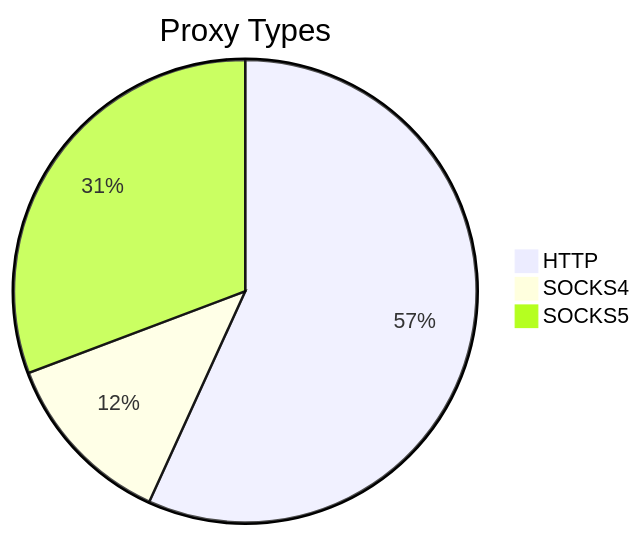
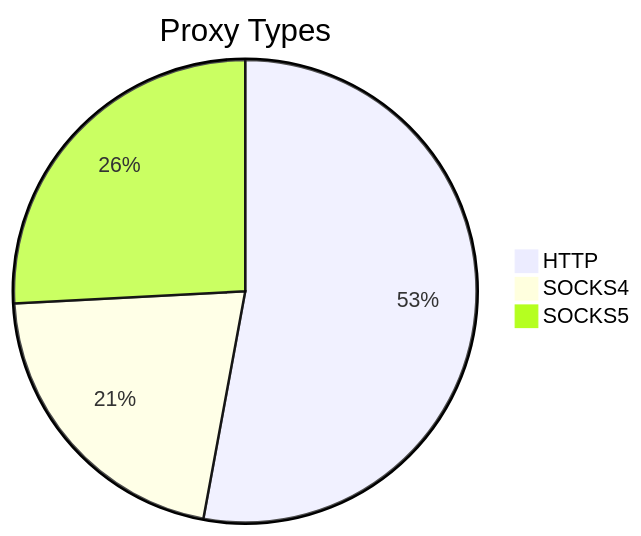
One commit to stormsia/proxy-list changed the first of 2 diagrams in README.md. Above: the diagram before and after it, drawn with Mermaid. The commit also changed other lines of this file, not shown here.

````diff
--- a/README.md
+++ b/README.md
@@ -21,6 +21,6 @@
 ```mermaid
 pie title Proxy Types
-    "HTTP" : 146
-    "SOCKS4" : 32
-    "SOCKS5" : 79
+    "HTTP" : 219
+    "SOCKS4" : 88
+    "SOCKS5" : 107
 ```
````
